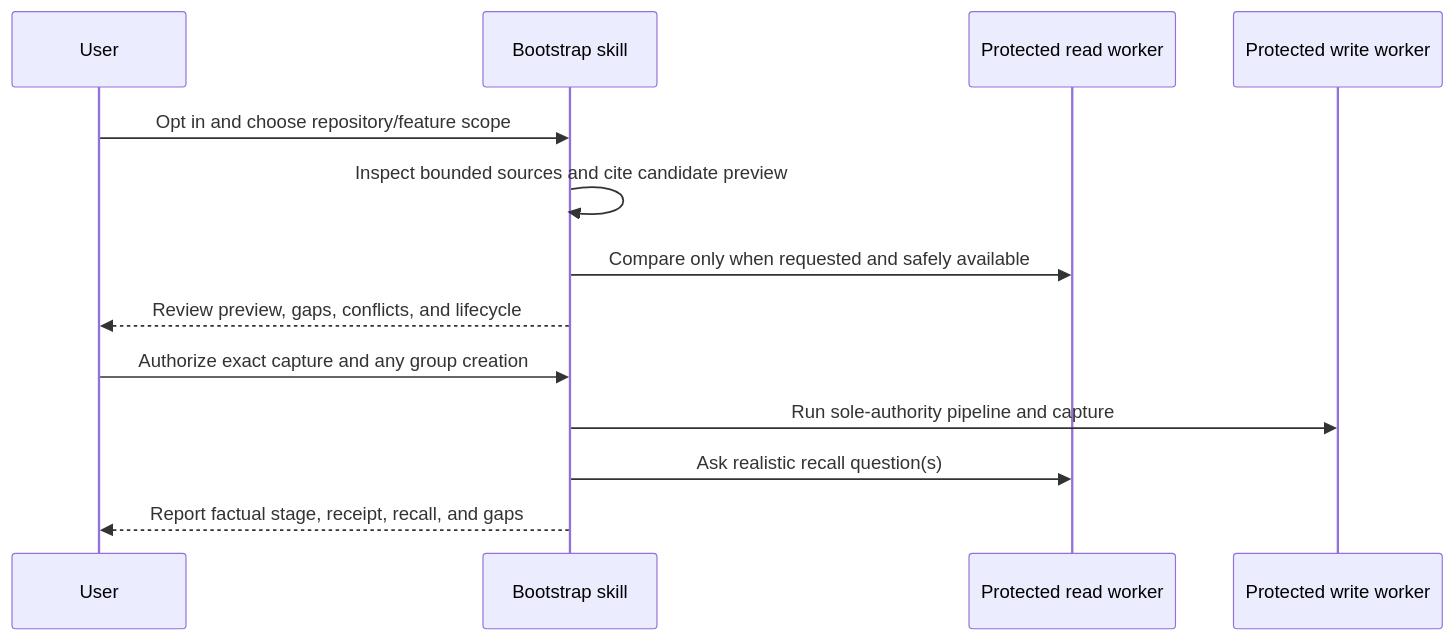
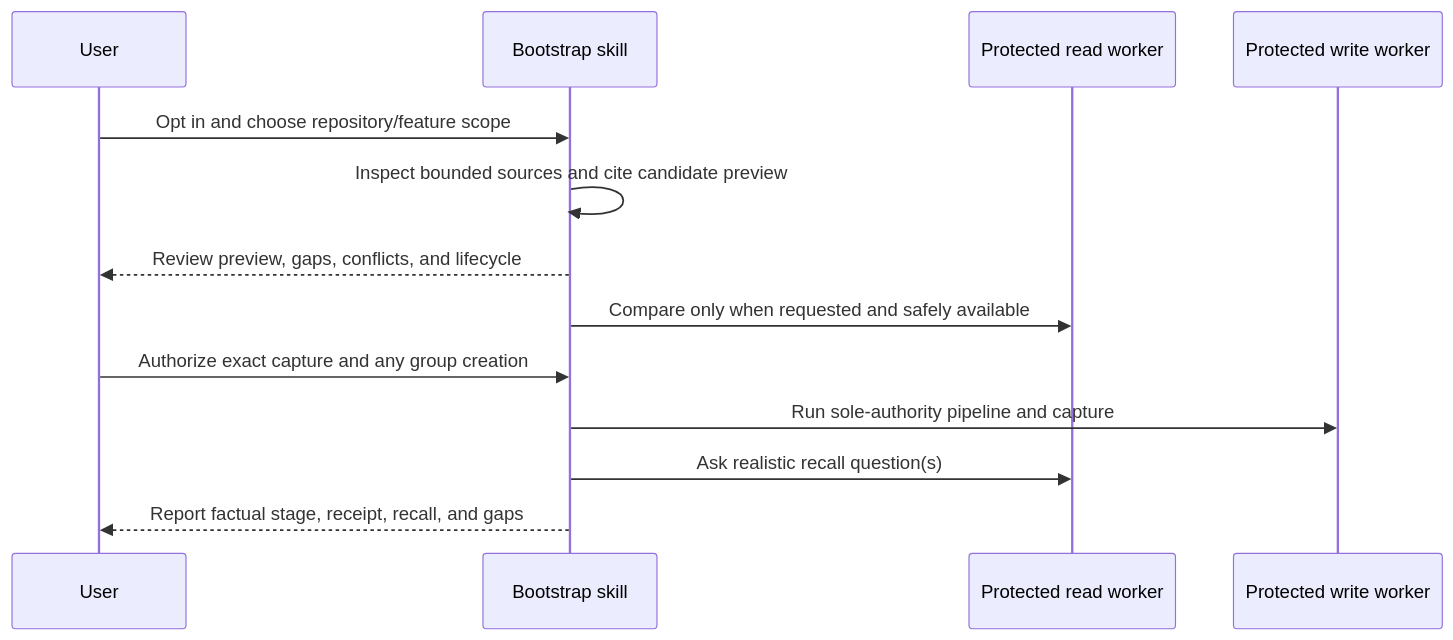
Before and after one commit to generic-automation-and-it/smooth-ai-product-context-memory: the diagram in .agents/skills/mimisbrunnr-ymir-bootstrap/AGENTS.md, drawn with Mermaid. The commit also changed other lines of this file and 1 other file, not shown here.

Commit message:
fix: apply AI review low/medium auto-fixes [ai-analyse]

````diff
--- a/.agents/skills/mimisbrunnr-ymir-bootstrap/AGENTS.md
+++ b/.agents/skills/mimisbrunnr-ymir-bootstrap/AGENTS.md
@@ -29,15 +30,15 @@
 ```mermaid
 sequenceDiagram
     participant U as User
     participant B as Bootstrap skill
     participant R as Protected read worker
     participant W as Protected write worker
     U->>B: Opt in and choose repository/feature scope
     B->>B: Inspect bounded sources and cite candidate preview
+    B-->>U: Review preview, gaps, conflicts, and lifecycle
     B->>R: Compare only when requested and safely available
-    B-->>U: Review preview, gaps, conflicts, and lifecycle
     U->>B: Authorize exact capture and any group creation
     B->>W: Run sole-authority pipeline and capture
     B->>R: Ask realistic recall question(s)
     B-->>U: Report factual stage, receipt, recall, and gaps
 ```
````
